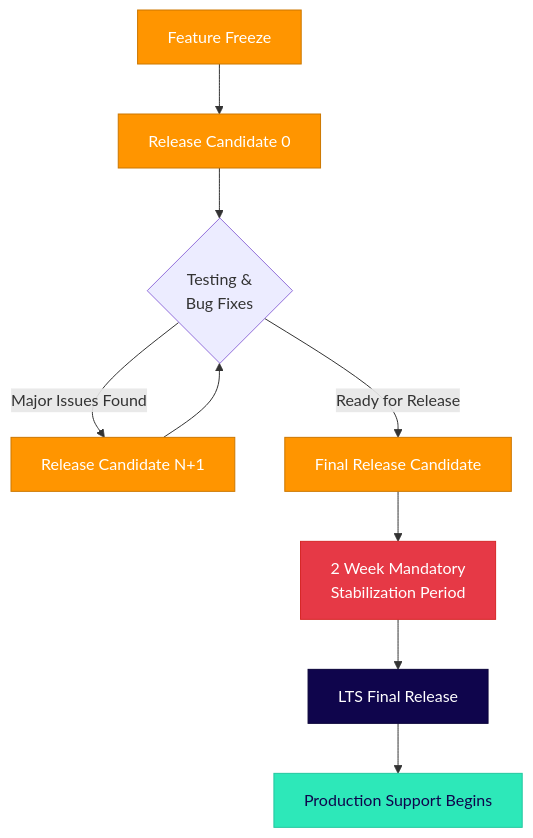
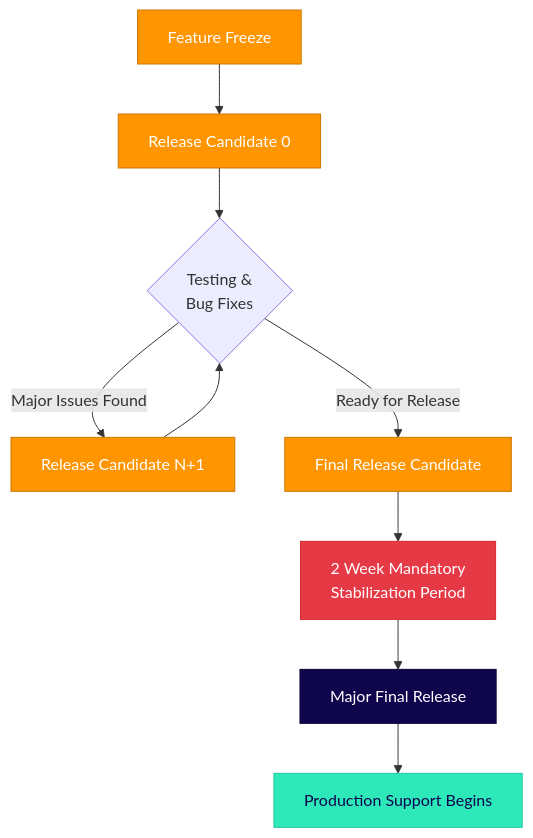
Before and after one commit to sequentech/step: the fifth of 5 diagrams in docs/docusaurus/docs/reference/product_lifecycle_and_release_cadence.md, drawn with Mermaid. The commit also changed other lines of this file, not shown here.

````diff
--- a/docs/docusaurus/docs/reference/product_lifecycle_and_release_cadence.md
+++ b/docs/docusaurus/docs/reference/product_lifecycle_and_release_cadence.md
@@ -550,27 +558,27 @@
 ```mermaid
 ---
 config:
     logLevel: 'debug'
     theme: 'default'
     themeVariables:
         cScale0: '#0f054c'
         cScale1: '#2de8b9'
 ---
 flowchart TD
     A[Feature Freeze] --> B[Release Candidate 0]
     B --> C{Testing & <br/>Bug Fixes}
     C -->|Major Issues Found| D[Release Candidate N+1]
     D --> C
     C -->|Ready for Release| E[Final Release Candidate]
     E --> F[2 Week Mandatory<br/>Stabilization Period]
-    F --> G[LTS Final Release]
+    F --> G[Major Final Release]
     G --> H[Production Support Begins]
     
     style A fill:#ff9500,stroke:#cc7700,color:#fff
     style B fill:#ff9500,stroke:#cc7700,color:#fff
     style D fill:#ff9500,stroke:#cc7700,color:#fff
     style E fill:#ff9500,stroke:#cc7700,color:#fff
     style F fill:#e63946,stroke:#d62828,color:#fff
     style G fill:#0f054c,stroke:#0a0339,color:#fff
     style H fill:#2de8b9,stroke:#24c7a0,color:#0f054c
 ```
````
